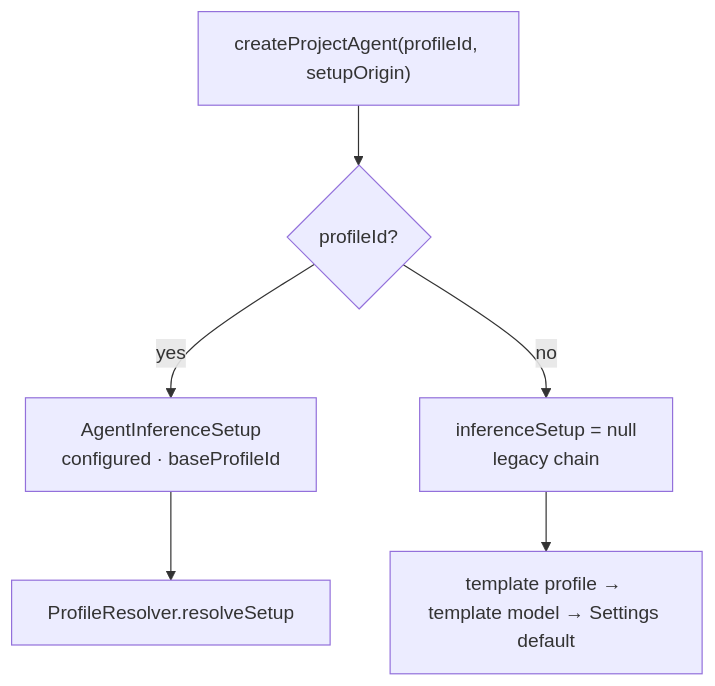
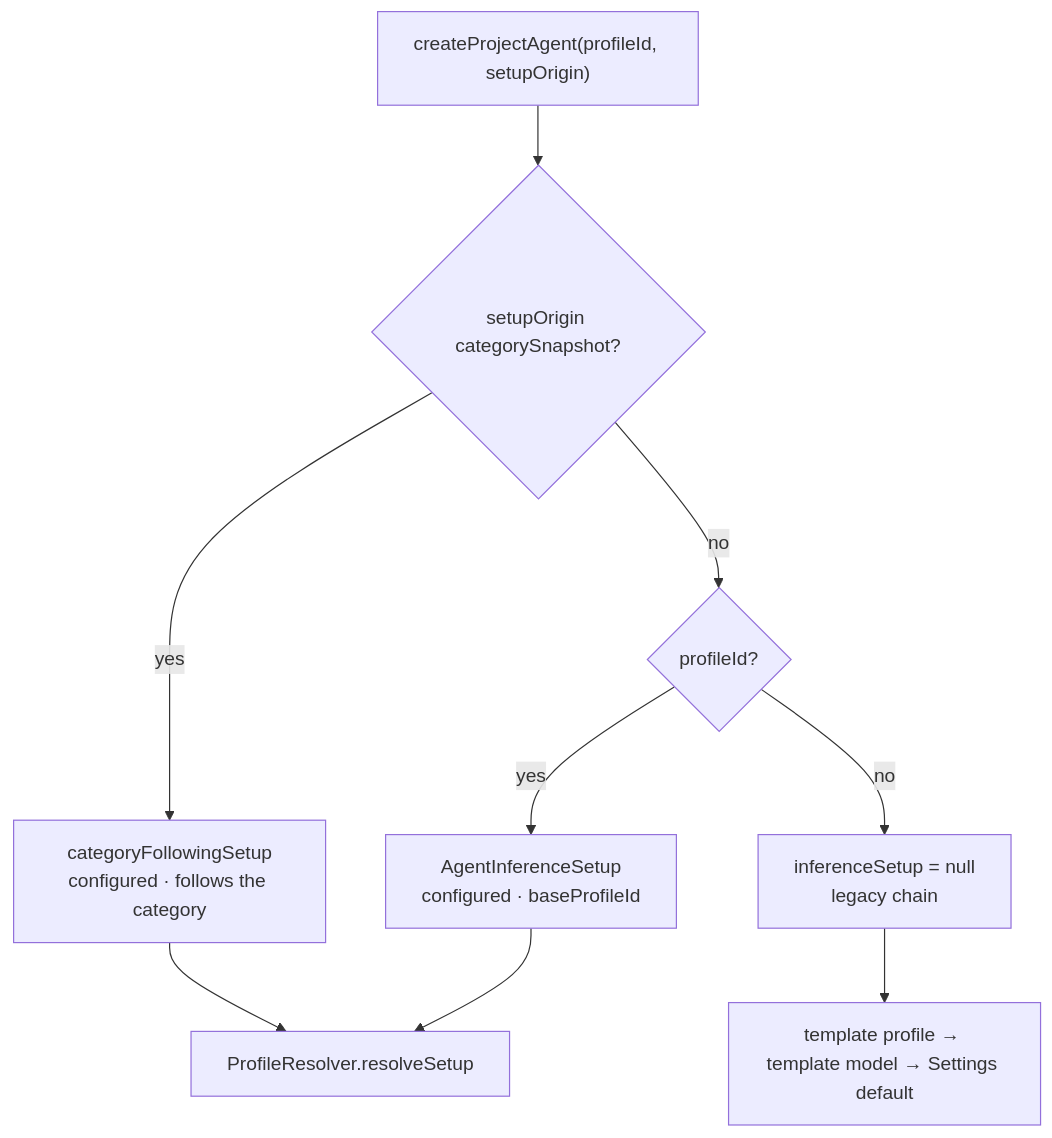
Before and after one commit to matthiasn/lotti: the first of 7 diagrams in knowledge/features/agents/project-and-event-agents.md, drawn with Mermaid. The commit also changed other lines of this file and 8 other files, not shown here.

````diff
--- a/knowledge/features/agents/project-and-event-agents.md
+++ b/knowledge/features/agents/project-and-event-agents.md
@@ -164,8 +163,11 @@
 ```mermaid
 flowchart TD
-  Create["createProjectAgent(profileId, setupOrigin)"] --> Has{"profileId?"}
+  Create["createProjectAgent(profileId, setupOrigin)"] --> Origin{"setupOrigin categorySnapshot?"}
+  Origin -->|yes| Follow["categoryFollowingSetup<br/>configured · follows the category"]
+  Origin -->|no| Has{"profileId?"}
   Has -->|yes| Typed["AgentInferenceSetup<br/>configured · baseProfileId"]
   Has -->|no| Legacy["inferenceSetup = null<br/>legacy chain"]
-  Typed --> Resolve["ProfileResolver.resolveSetup"]
+  Follow --> Resolve["ProfileResolver.resolveSetup"]
+  Typed --> Resolve
   Legacy --> Chain["template profile → template model → Settings default"]
 ```
````
